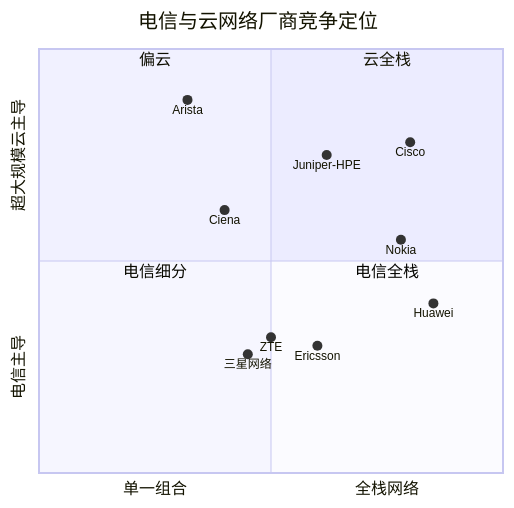
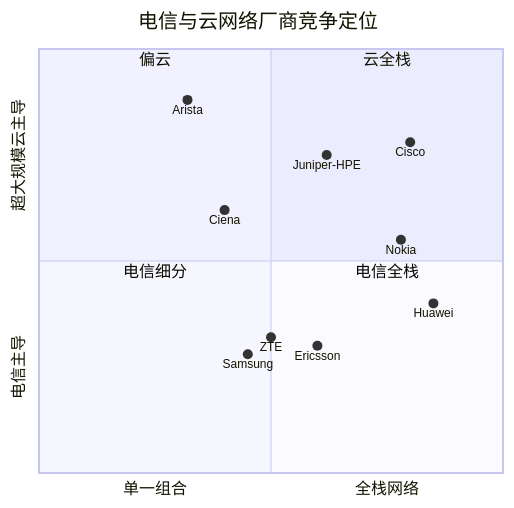
The fourth of 4 diagrams in reports/company/Nokia_NYSE_NOK/Nokia_NYSE_NOK_公司研究.md (dadachundan/financial_agent), drawn with Mermaid before and after one commit. The commit also changed other lines of this file and 9 other files, not shown here.

First line of the commit message:
feat(company-research): refresh Nokia (NOK) to current spec — decision layer + 9 SVG charts

````diff
--- a/reports/company/Nokia_NYSE_NOK/Nokia_NYSE_NOK_公司研究.md
+++ b/reports/company/Nokia_NYSE_NOK/Nokia_NYSE_NOK_公司研究.md
@@ -254,19 +973,19 @@
 ```mermaid
 quadrantChart
     title 电信与云网络厂商竞争定位
     x-axis 单一组合 --> 全栈网络
     y-axis 电信主导 --> 超大规模云主导
     quadrant-1 云全栈
     quadrant-2 偏云
     quadrant-3 电信细分
     quadrant-4 电信全栈
     Nokia: [0.78, 0.55]
     Ericsson: [0.60, 0.30]
     Huawei: [0.85, 0.40]
     ZTE: [0.50, 0.32]
     Cisco: [0.80, 0.78]
     Juniper-HPE: [0.62, 0.75]
     Ciena: [0.40, 0.62]
-    三星网络: [0.45, 0.28]
+    Samsung: [0.45, 0.28]
     Arista: [0.32, 0.88]
 ```
````
